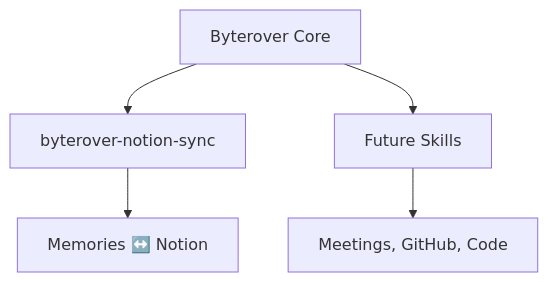
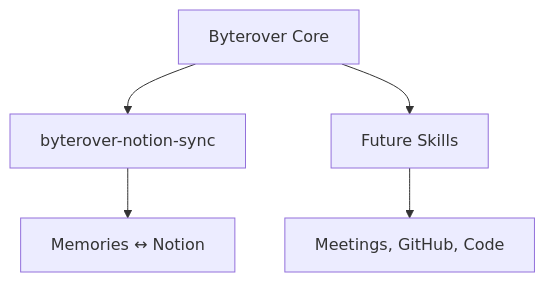
One commit to RyanNg1403/byterover-skills changed the second of 4 diagrams in README.md. Above: the diagram before and after it, drawn with Mermaid. The commit also changed other lines of this file, not shown here.

Commit message:
Fix formatting in README.md diagrams and notes

````diff
--- a/README.md
+++ b/README.md
@@ -32,7 +32,7 @@
 ```mermaid
 graph TB
     A[Byterover Core] --> B[byterover-notion-sync]
     A --> C[Future Skills]
-    B --> D[Memories ↔️ Notion]
+    B --> D["Memories ↔ Notion"]
     C --> E[Meetings, GitHub, Code]
 ```
````
